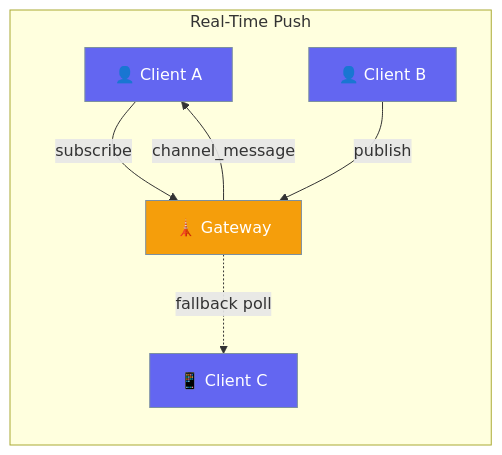
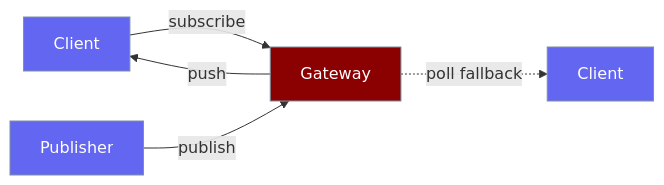
The diagram in docs/features/push-notifications.mdx (MervinPraison/PraisonAIDocs), drawn with Mermaid before and after one commit. The commit also changed other lines of this file and 4 other files, not shown here.

````diff
--- a/docs/features/push-notifications.mdx
+++ b/docs/features/push-notifications.mdx
@@ -14,15 +34,13 @@
 ```mermaid
 graph LR
-    subgraph "Real-Time Push"
-        C1[👤 Client A] -->|subscribe| G[🗼 Gateway]
-        C2[👤 Client B] -->|publish| G
-        G -->|channel_message| C1
-        G -.->|fallback poll| C3[📱 Client C]
-    end
+    C1[Client] -->|subscribe| G[Gateway]
+    C2[Publisher] -->|publish| G
+    G -->|push| C1
+    G -.->|poll fallback| C3[Client]
 
     classDef client fill:#6366F1,stroke:#7C90A0,color:#fff
-    classDef gateway fill:#F59E0B,stroke:#7C90A0,color:#fff
+    classDef gateway fill:#8B0000,stroke:#7C90A0,color:#fff
 
     class C1,C2,C3 client
     class G gateway
 ```
````
